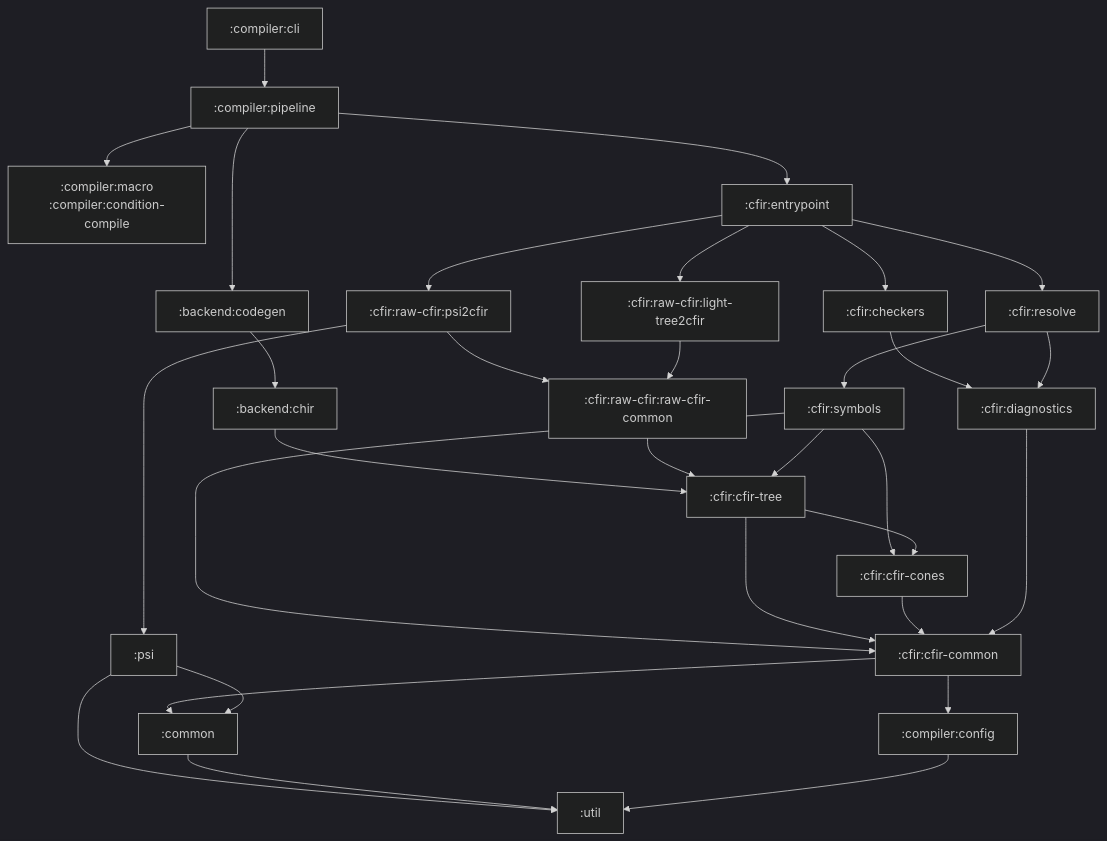
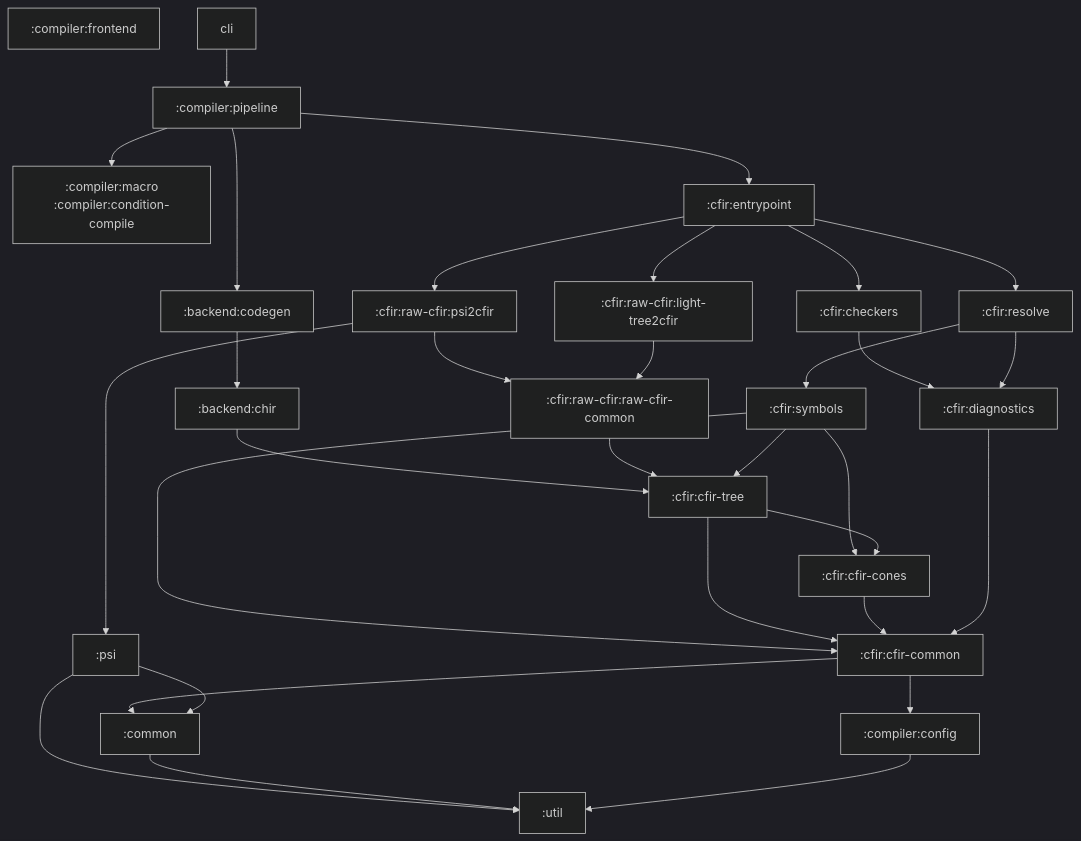
One commit to lin-qingying/cangjie changed the second of 2 diagrams in docs/compiler-module-design.md. Above: the diagram before and after it, drawn with Mermaid (dark theme). The commit also changed other lines of this file and 850 other files, not shown here.

````diff
--- a/docs/compiler-module-design.md
+++ b/docs/compiler-module-design.md
@@ -318,58 +318,58 @@
 ```mermaid
 graph TD
-    cli[":compiler:cli"]
+    frontend[":compiler:frontend"]
     pipeline[":compiler:pipeline"]
     macro[":compiler:macro\n:compiler:condition-compile"]
     entrypoint[":cfir:entrypoint"]
     codegen[":backend:codegen"]
     chir[":backend:chir"]
     checkers[":cfir:checkers"]
     resolve[":cfir:resolve"]
     psi2cfir[":cfir:raw-cfir:psi2cfir"]
     lt2cfir[":cfir:raw-cfir:light-tree2cfir"]
     rawCommon[":cfir:raw-cfir:raw-cfir-common"]
     symbols[":cfir:symbols"]
     diag[":cfir:diagnostics"]
     tree[":cfir:cfir-tree"]
     cones[":cfir:cfir-cones"]
     cfirCommon[":cfir:cfir-common"]
     config[":compiler:config"]
     common[":common"]
     util[":util"]
     psi[":psi"]
 
     cli --> pipeline
     pipeline --> entrypoint
     pipeline --> macro
     pipeline --> codegen
     codegen --> chir
     chir --> tree
 
     entrypoint --> checkers
     entrypoint --> resolve
     entrypoint --> psi2cfir
     entrypoint --> lt2cfir
 
     checkers --> diag
     resolve --> symbols
     resolve --> diag
 
     psi2cfir --> rawCommon
     psi2cfir --> psi
     lt2cfir --> rawCommon
 
     rawCommon --> tree
     symbols --> tree
     symbols --> cones
     symbols --> cfirCommon
     tree --> cones
     tree --> cfirCommon
     cones --> cfirCommon
     diag --> cfirCommon
     cfirCommon --> common
     cfirCommon --> config
     psi --> common
     psi --> util
     common --> util
     config --> util
 ```
````
